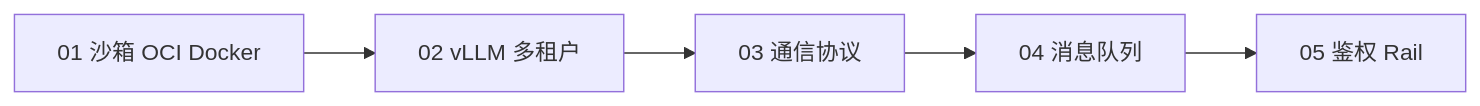
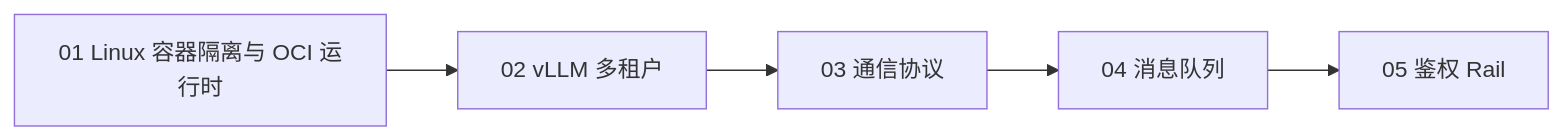
The diagram in knowledge/agent/concepts/infrastructure/README.md (csoulnd/InferTechNote), drawn with Mermaid before and after one commit. The commit also changed other lines of this file and 13 other files, not shown here.

````diff
--- a/knowledge/agent/concepts/infrastructure/README.md
+++ b/knowledge/agent/concepts/infrastructure/README.md
@@ -14,7 +14,7 @@
 ```mermaid
 flowchart LR
-    A["01 沙箱 OCI Docker"] --> B["02 vLLM 多租户"]
+    A["01 Linux 容器隔离与 OCI 运行时"] --> B["02 vLLM 多租户"]
     B --> C["03 通信协议"]
     C --> D["04 消息队列"]
     D --> E["05 鉴权 Rail"]
 ```
````
